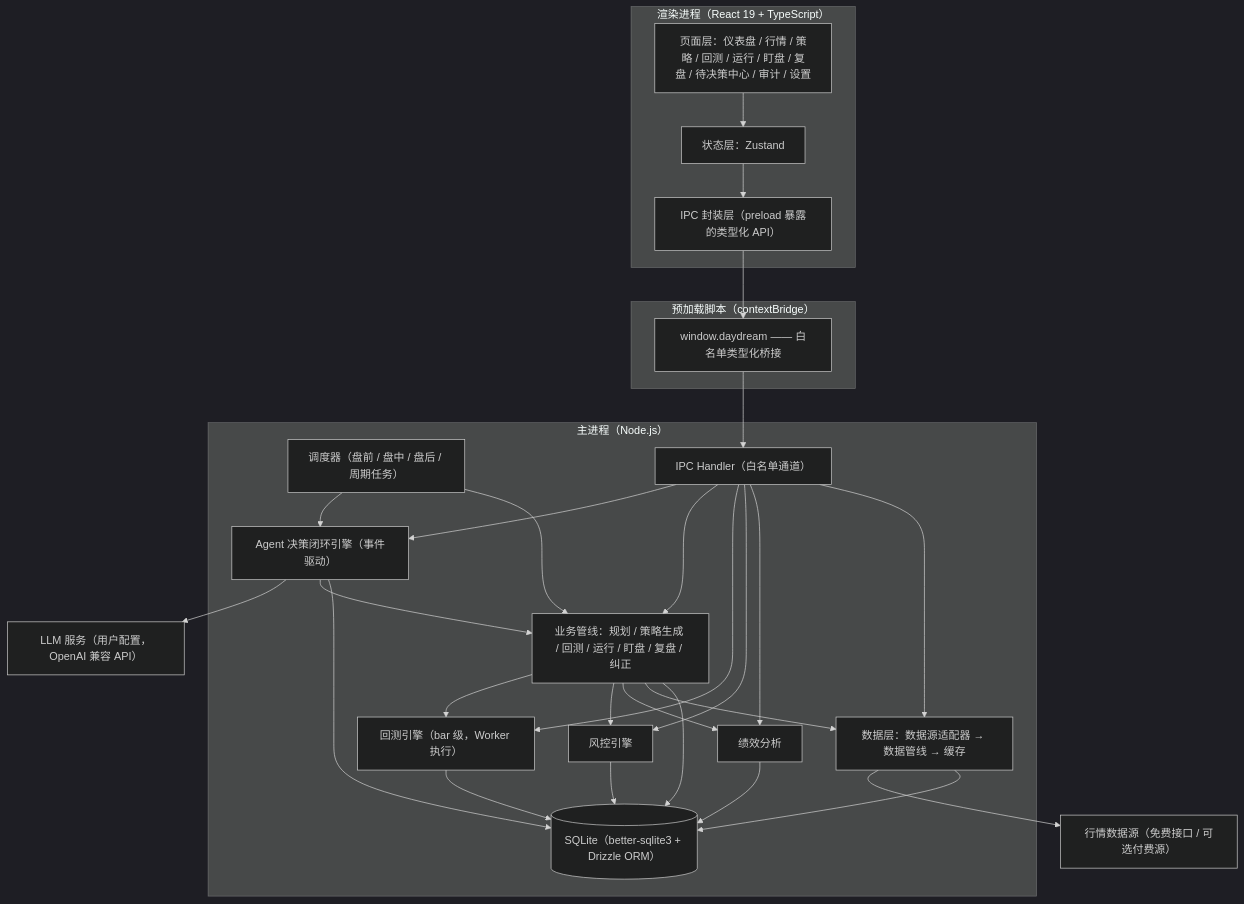
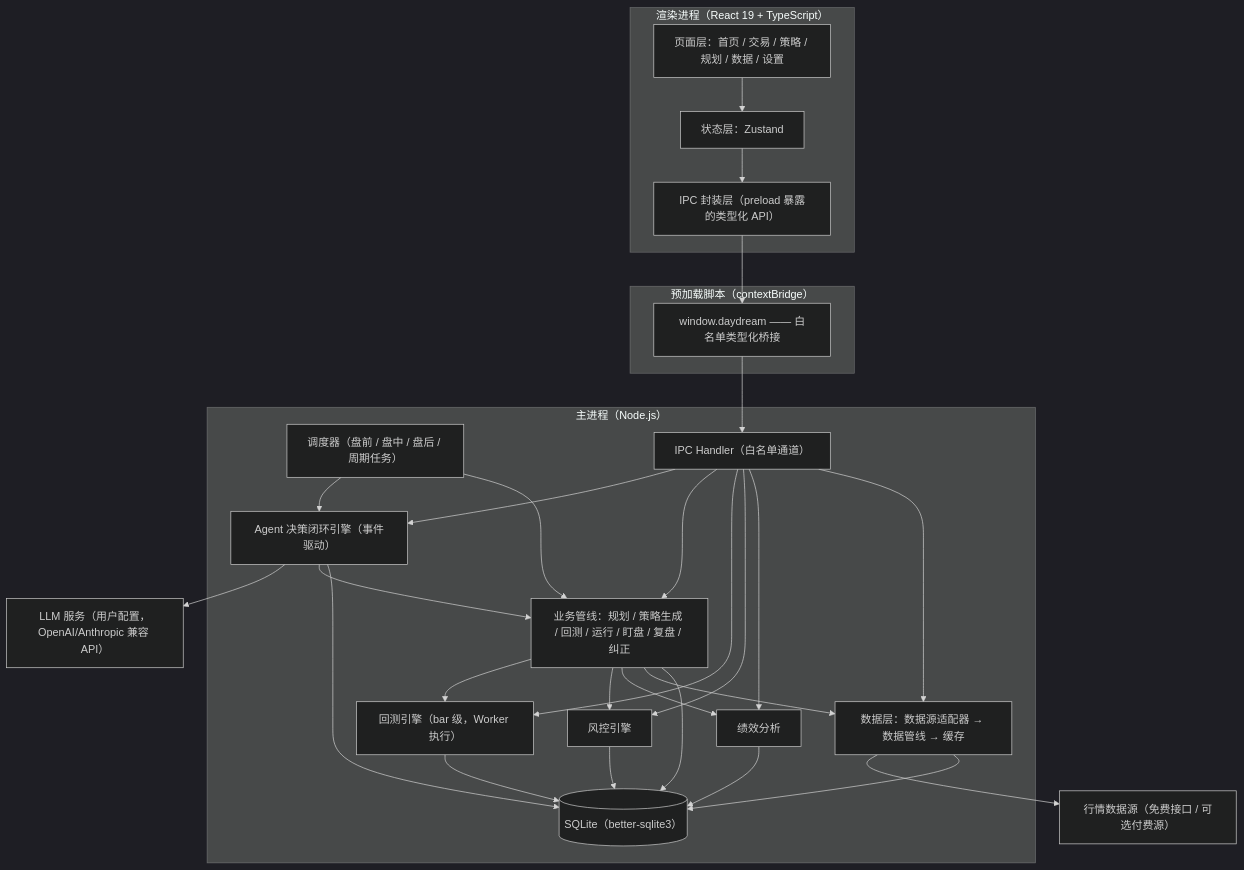
One commit to LeeWeisheng/daydream changed the diagram in docs/实现方案.md. Above: the diagram before and after it, drawn with Mermaid (dark theme). The commit also changed other lines of this file and 61 other files, not shown here.

````diff
--- a/docs/实现方案.md
+++ b/docs/实现方案.md
@@ -41,38 +41,38 @@
 ```mermaid
 flowchart TB
     subgraph RENDERER["渲染进程（React 19 + TypeScript）"]
-        UI["页面层：仪表盘 / 行情 / 策略 / 回测 / 运行 / 盯盘 / 复盘 / 待决策中心 / 审计 / 设置"]
+        UI["页面层：首页 / 交易 / 策略 / 规划 / 数据 / 设置"]
         STORE["状态层：Zustand"]
         RAPI["IPC 封装层（preload 暴露的类型化 API）"]
     end
 
     subgraph PRELOAD["预加载脚本（contextBridge）"]
         BRIDGE["window.daydream —— 白名单类型化桥接"]
     end
 
     subgraph MAIN["主进程（Node.js）"]
         AGENT["Agent 决策闭环引擎（事件驱动）"]
         PIPELINE["业务管线：规划 / 策略生成 / 回测 / 运行 / 盯盘 / 复盘 / 纠正"]
         SCHED["调度器（盘前 / 盘中 / 盘后 / 周期任务）"]
         BT["回测引擎（bar 级，Worker 执行）"]
         RISK["风控引擎"]
         PERF["绩效分析"]
         DATA["数据层：数据源适配器 → 数据管线 → 缓存"]
-        DB[("SQLite（better-sqlite3 + Drizzle ORM）")]
+        DB[("SQLite（better-sqlite3）")]
         IPC["IPC Handler（白名单通道）"]
     end
 
-    LLM["LLM 服务（用户配置，OpenAI 兼容 API）"]
+    LLM["LLM 服务（用户配置，OpenAI/Anthropic 兼容 API）"]
     MDATA["行情数据源（免费接口 / 可选付费源）"]
 
     UI --> STORE --> RAPI
     RAPI --> BRIDGE --> IPC
     IPC --> AGENT & PIPELINE & BT & RISK & PERF & DATA
     AGENT --> LLM
     AGENT --> PIPELINE
     PIPELINE --> BT & RISK & PERF & DATA
     DATA --> MDATA
     DATA --> DB
     AGENT & PIPELINE & BT & RISK & PERF --> DB
     SCHED --> AGENT & PIPELINE
 ```
````
